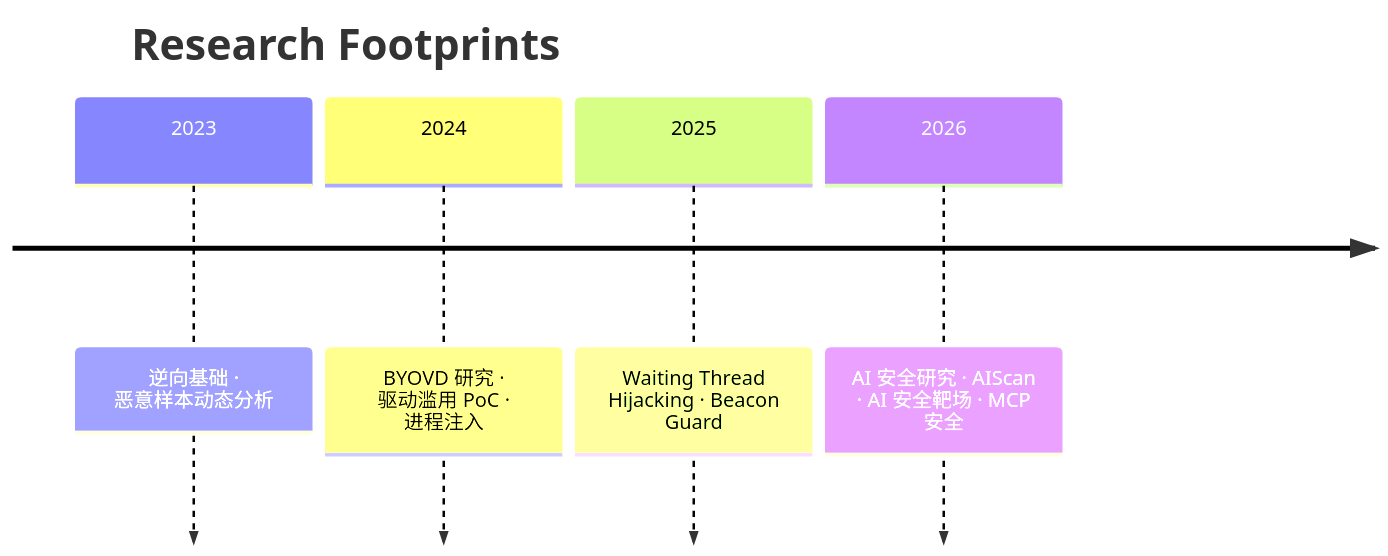
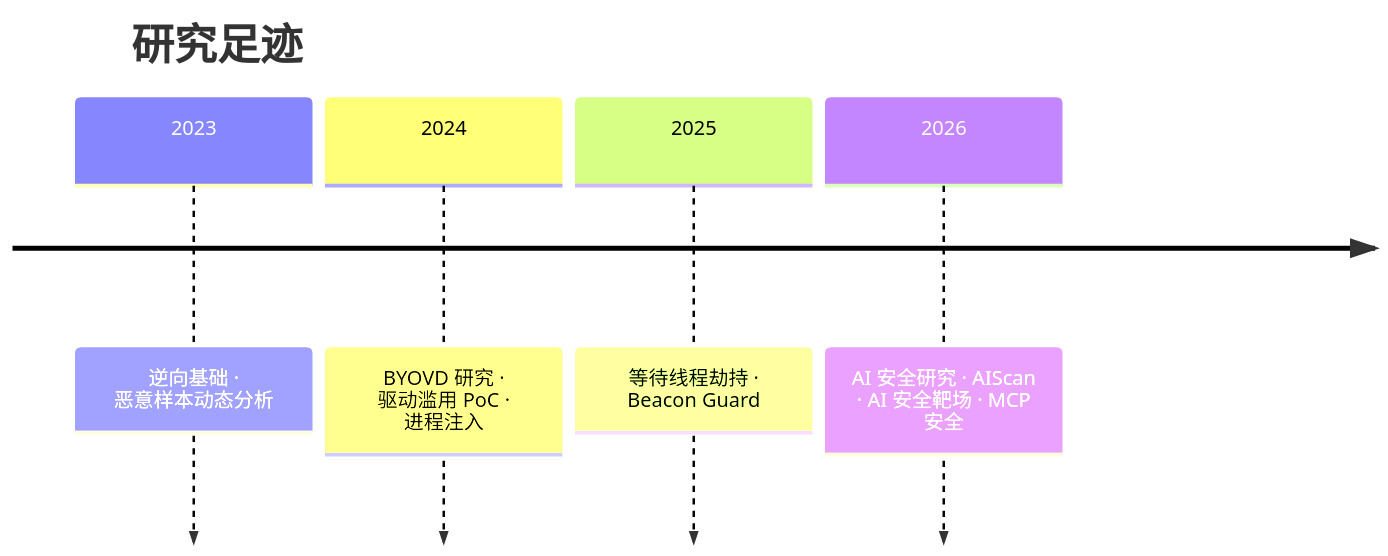
The diagram in README.md (250wuyifan/250wuyifan), drawn with Mermaid before and after one commit. The commit also changed other lines of this file, not shown here.

````diff
--- a/README.md
+++ b/README.md
@@ -119,8 +122,8 @@
 ```mermaid
 timeline
-    title Research Footprints
+    title 研究足迹
     2023 : 逆向基础 · 恶意样本动态分析
     2024 : BYOVD 研究 · 驱动滥用 PoC · 进程注入
-    2025 : Waiting Thread Hijacking · Beacon Guard
+    2025 : 等待线程劫持 · Beacon Guard
     2026 : AI 安全研究 · AIScan · AI 安全靶场 · MCP 安全
 ```
````
